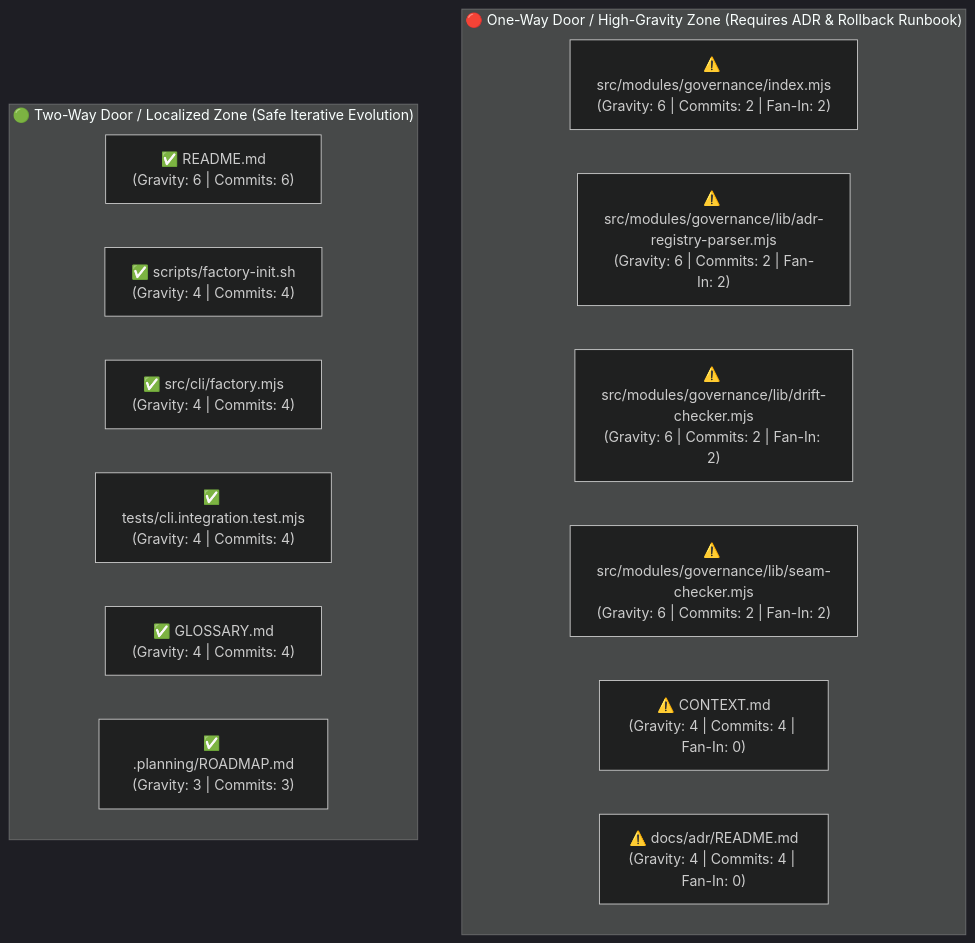
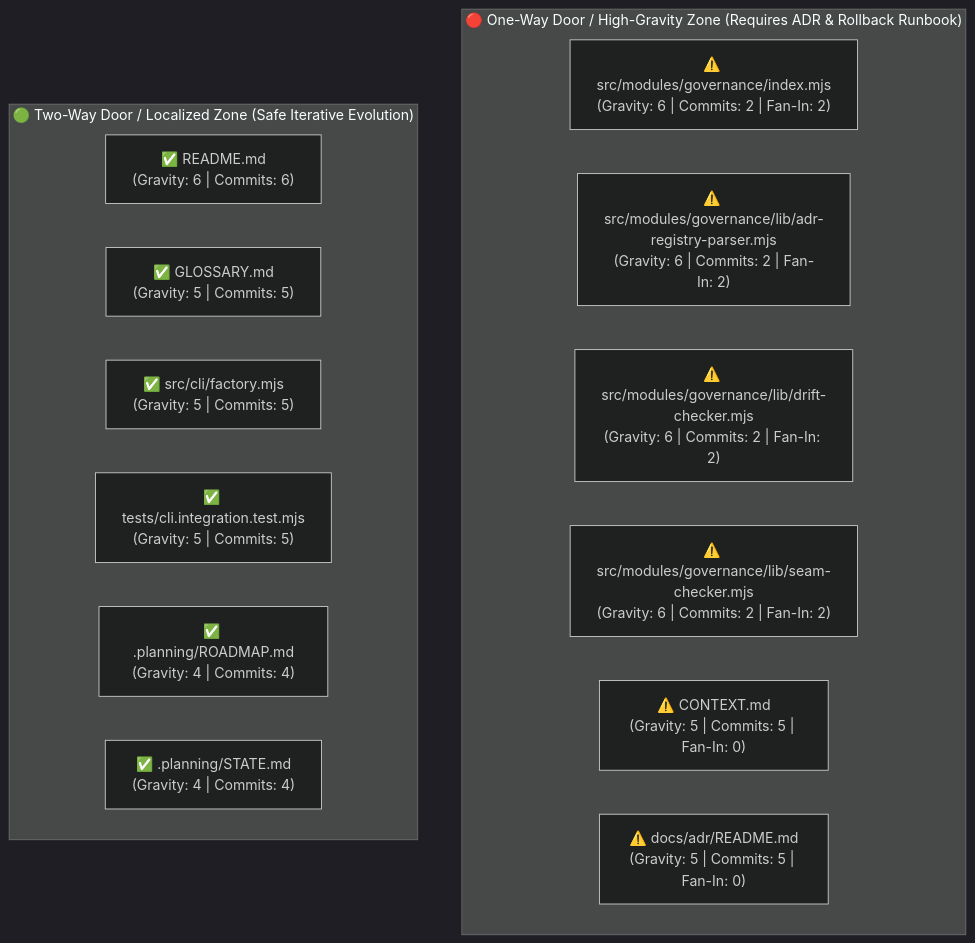
One commit to bpoti001/software-factory changed the fourth of 5 diagrams in docs/architecture/VISUAL_ARCHITECTURE.md. Above: the diagram before and after it, drawn with Mermaid (dark theme). The commit also changed other lines of this file and 17 other files, not shown here.

````diff
--- a/docs/architecture/VISUAL_ARCHITECTURE.md
+++ b/docs/architecture/VISUAL_ARCHITECTURE.md
@@ -134,19 +142,19 @@
 ```mermaid
 flowchart TB
     subgraph OneWayZone["🔴 One-Way Door / High-Gravity Zone (Requires ADR & Rollback Runbook)"]
         OW_0["⚠️ src/modules/governance/index.mjs<br/>(Gravity: 6 | Commits: 2 | Fan-In: 2)"]
         OW_1["⚠️ src/modules/governance/lib/adr-registry-parser.mjs<br/>(Gravity: 6 | Commits: 2 | Fan-In: 2)"]
         OW_2["⚠️ src/modules/governance/lib/drift-checker.mjs<br/>(Gravity: 6 | Commits: 2 | Fan-In: 2)"]
         OW_3["⚠️ src/modules/governance/lib/seam-checker.mjs<br/>(Gravity: 6 | Commits: 2 | Fan-In: 2)"]
-        OW_4["⚠️ CONTEXT.md<br/>(Gravity: 4 | Commits: 4 | Fan-In: 0)"]
-        OW_5["⚠️ docs/adr/README.md<br/>(Gravity: 4 | Commits: 4 | Fan-In: 0)"]
+        OW_4["⚠️ CONTEXT.md<br/>(Gravity: 5 | Commits: 5 | Fan-In: 0)"]
+        OW_5["⚠️ docs/adr/README.md<br/>(Gravity: 5 | Commits: 5 | Fan-In: 0)"]
     end
     subgraph TwoWayZone["🟢 Two-Way Door / Localized Zone (Safe Iterative Evolution)"]
         TW_0["✅ README.md<br/>(Gravity: 6 | Commits: 6)"]
-        TW_1["✅ scripts/factory-init.sh<br/>(Gravity: 4 | Commits: 4)"]
-        TW_2["✅ src/cli/factory.mjs<br/>(Gravity: 4 | Commits: 4)"]
-        TW_3["✅ tests/cli.integration.test.mjs<br/>(Gravity: 4 | Commits: 4)"]
-        TW_4["✅ GLOSSARY.md<br/>(Gravity: 4 | Commits: 4)"]
-        TW_5["✅ .planning/ROADMAP.md<br/>(Gravity: 3 | Commits: 3)"]
+        TW_1["✅ GLOSSARY.md<br/>(Gravity: 5 | Commits: 5)"]
+        TW_2["✅ src/cli/factory.mjs<br/>(Gravity: 5 | Commits: 5)"]
+        TW_3["✅ tests/cli.integration.test.mjs<br/>(Gravity: 5 | Commits: 5)"]
+        TW_4["✅ .planning/ROADMAP.md<br/>(Gravity: 4 | Commits: 4)"]
+        TW_5["✅ .planning/STATE.md<br/>(Gravity: 4 | Commits: 4)"]
     end
 ```
````
